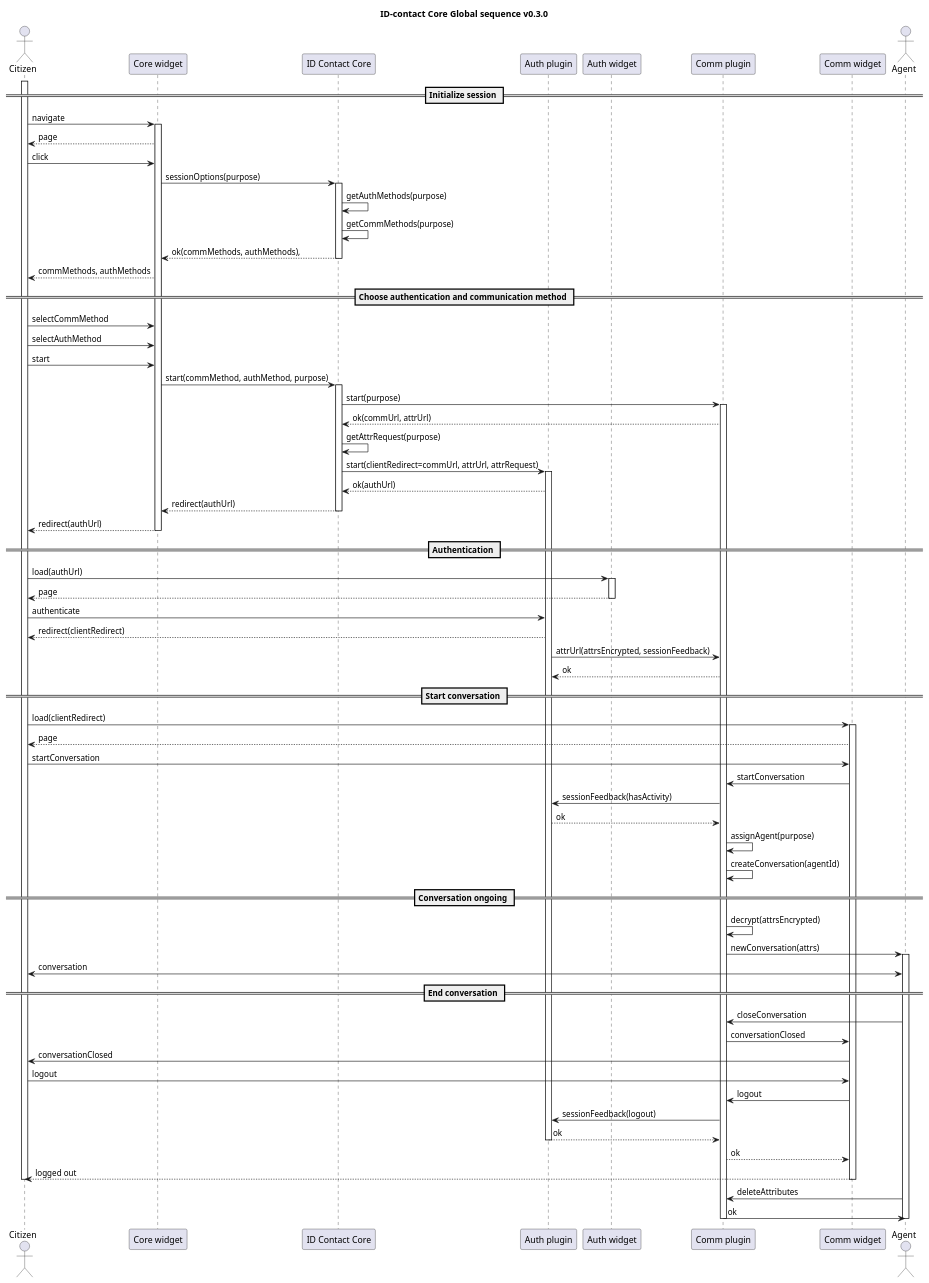
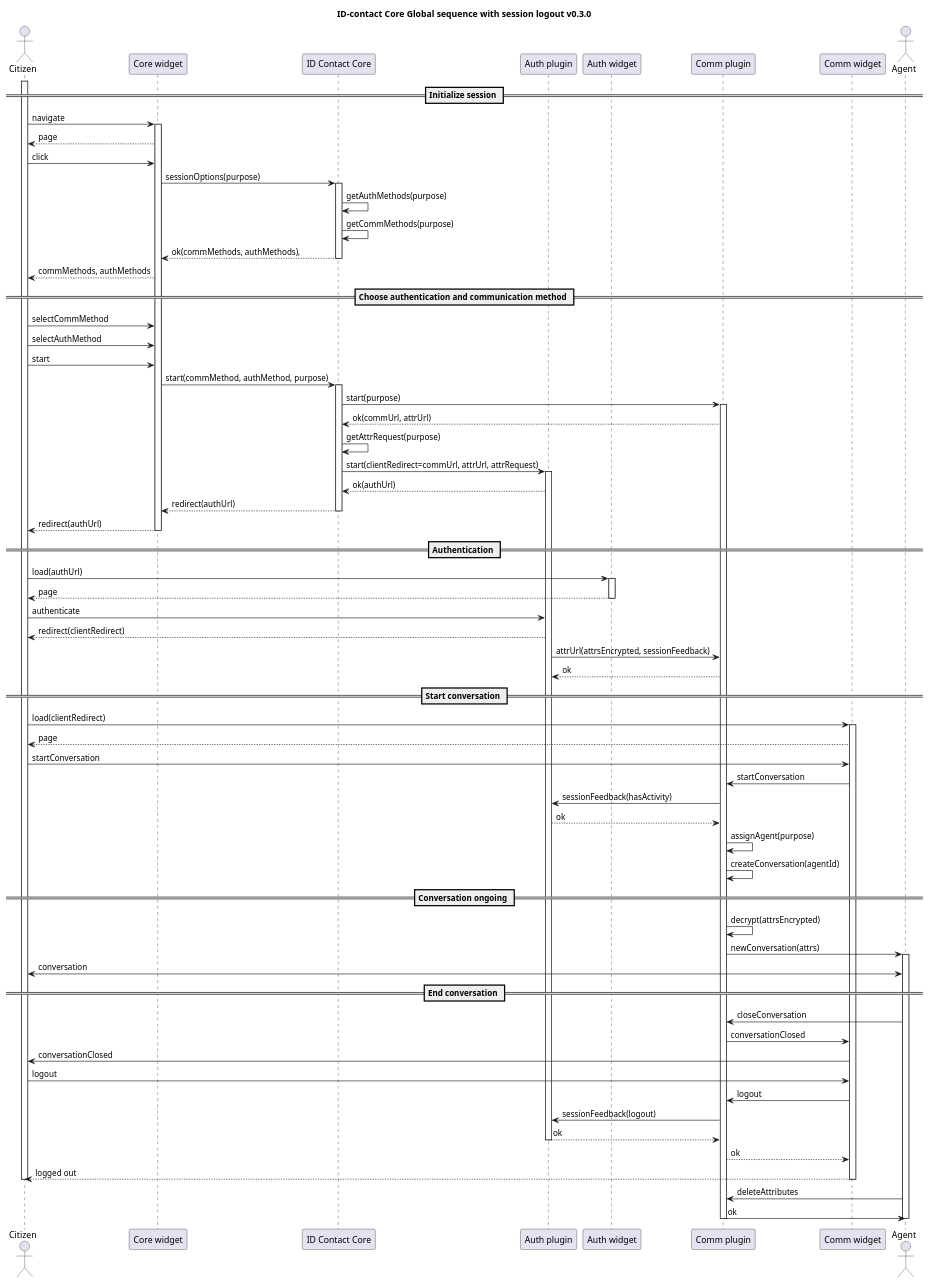
One commit to id-contact/docs changed the diagram in docs/diagrams/with-session-logout.puml. Above: the diagram before and after it, drawn with PlantUML. The commit also changed 1 other file, not shown here.

Commit message:
Update diagram titles

```diff
--- a/docs/diagrams/with-session-logout.puml
+++ b/docs/diagrams/with-session-logout.puml
@@ -2,100 +2,100 @@
 @startuml
-title ID-contact Core Global sequence v0.3.0
+title ID-contact Core Global sequence with session logout v0.3.0
 
 actor Citizen as citizen
 participant "Core widget" as widget
 participant "ID Contact Core" as core
 participant "Auth plugin" as auth_plugin
 participant "Auth widget" as auth_widget
 participant "Comm plugin" as comm_plugin
 participant "Comm widget" as comm_widget
 actor Agent as agent
 
 == Initialize session ==
 
 activate citizen
 citizen->widget: navigate
 activate widget
 widget-->citizen: page
 citizen->widget: click
 widget->core: sessionOptions(purpose)
 activate core
 core->core: getAuthMethods(purpose)
 core->core: getCommMethods(purpose)
 core-->widget: ok(commMethods, authMethods),
 deactivate core
 widget-->citizen: commMethods, authMethods
 
 == Choose authentication and communication method ==
 
 citizen->widget: selectCommMethod
 citizen->widget: selectAuthMethod
 citizen->widget: start
 widget->core: start(commMethod, authMethod, purpose)
 activate core
 core->comm_plugin: start(purpose)
 activate comm_plugin
 comm_plugin-->core: ok(commUrl, attrUrl)
 core->core: getAttrRequest(purpose)
 core->auth_plugin: start(clientRedirect=commUrl, attrUrl, attrRequest)
 activate auth_plugin
 auth_plugin-->core: ok(authUrl)
 core-->widget: redirect(authUrl)
 deactivate core
 widget-->citizen: redirect(authUrl)
 deactivate widget
 
 == Authentication ==
 
 citizen->auth_widget: load(authUrl)
 activate auth_widget
 auth_widget-->citizen: page
 deactivate auth_widget
 
 citizen->auth_plugin: authenticate
 auth_plugin-->citizen: redirect(clientRedirect)
 auth_plugin->comm_plugin: attrUrl(attrsEncrypted, sessionFeedback)
 comm_plugin-->auth_plugin: ok
 
 == Start conversation ==
 
 citizen->comm_widget: load(clientRedirect)
 activate comm_widget
 comm_widget-->citizen: page
 
 citizen->comm_widget: startConversation
 comm_widget->comm_plugin: startConversation
 
 comm_plugin->auth_plugin: sessionFeedback(hasActivity)
 auth_plugin-->comm_plugin: ok
 
 comm_plugin->comm_plugin: assignAgent(purpose)
 comm_plugin->comm_plugin: createConversation(agentId)
 
 == Conversation ongoing ==
 comm_plugin->comm_plugin: decrypt(attrsEncrypted)
 comm_plugin->agent: newConversation(attrs)
 
 activate agent
 citizen<->agent: conversation
 
 == End conversation ==
 agent->comm_plugin: closeConversation
 comm_plugin->comm_widget: conversationClosed
 deactivate widget
 comm_widget->citizen: conversationClosed
 citizen->comm_widget: logout
 comm_widget->comm_plugin: logout
 comm_plugin->auth_plugin: sessionFeedback(logout)
 auth_plugin-->comm_plugin: ok
 deactivate auth_plugin
 comm_plugin-->comm_widget: ok
 comm_widget-->citizen: logged out
 deactivate comm_widget
 deactivate citizen
 agent->comm_plugin: deleteAttributes
 comm_plugin->agent: ok
 deactivate comm_plugin
 deactivate agent
 
 @enduml
```
